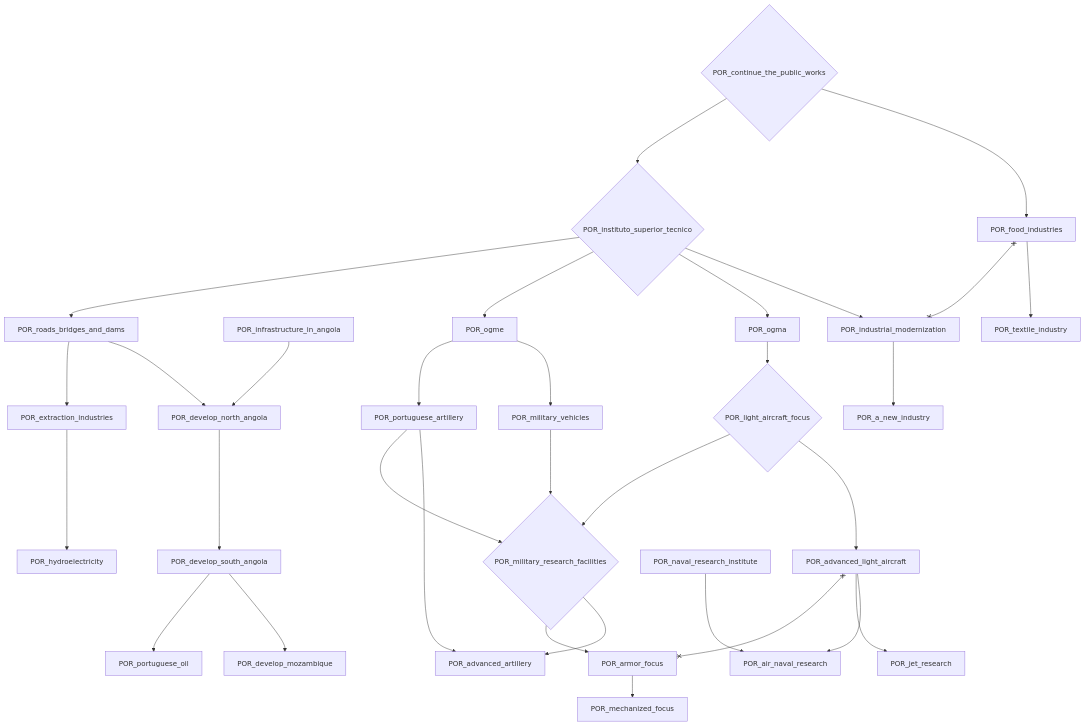
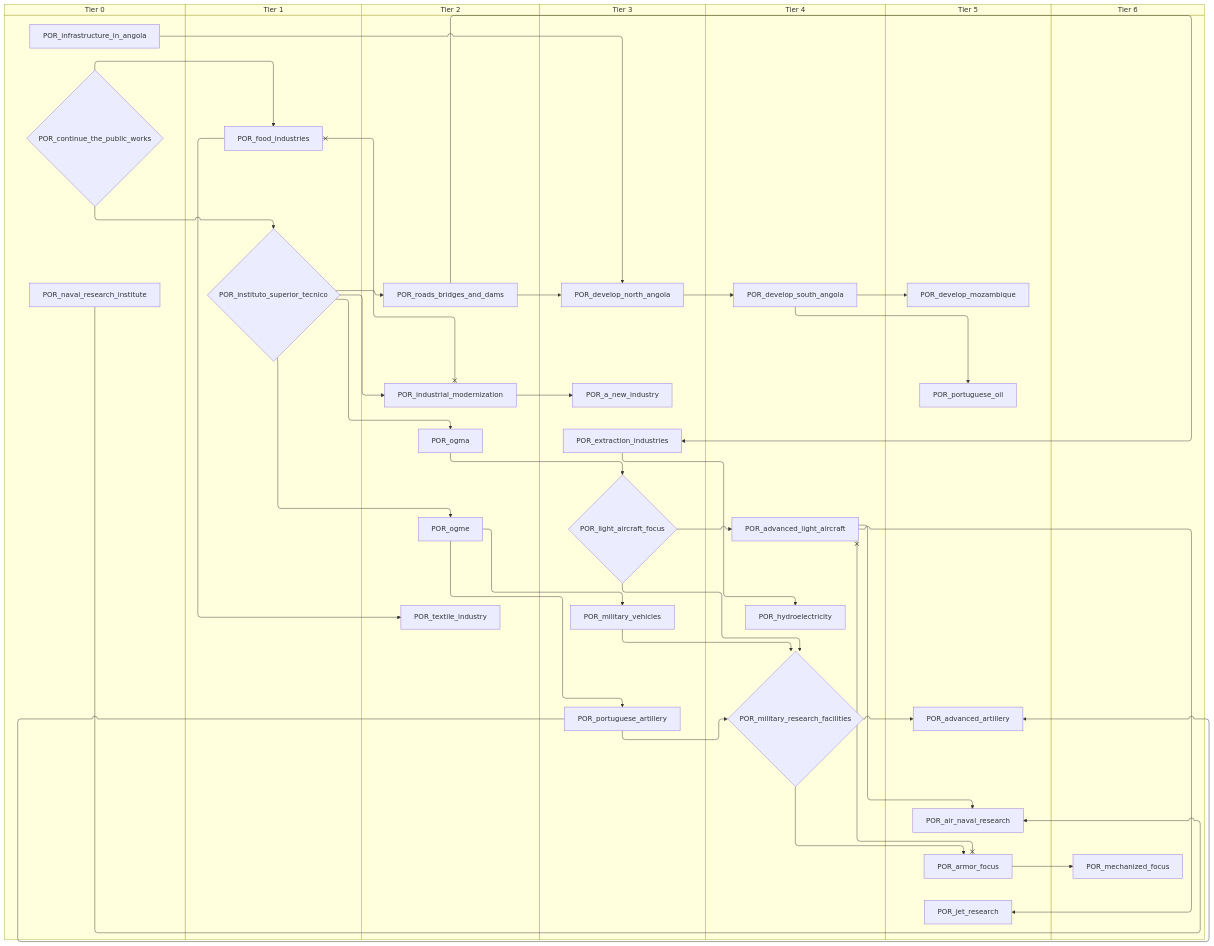
The third of 6 diagrams in docs/gdd/National Focuses/portugal.md (evgeny-sobol/hoi4-sandbox-mode), drawn with Mermaid before and after one commit. The commit also changed other lines of this file and 80 other files, not shown here.

First line of the commit message:
Add swimlane mode to focus graph exporter

````diff
--- a/docs/gdd/National Focuses/portugal.md
+++ b/docs/gdd/National Focuses/portugal.md
@@ -65,61 +87,75 @@
 ```mermaid
-flowchart TD
-    n25["POR_a_new_industry"]
-    n26["POR_advanced_artillery"]
-    n27["POR_advanced_light_aircraft"]
-    n28["POR_air_naval_research"]
-    n29["POR_armor_focus"]
-    n30{"POR_continue_the_public_works"}
-    n13["POR_develop_mozambique"]
-    n14["POR_develop_north_angola"]
-    n15["POR_develop_south_angola"]
-    n31["POR_extraction_industries"]
-    n32["POR_food_industries"]
-    n33["POR_hydroelectricity"]
-    n34["POR_industrial_modernization"]
-    n17["POR_infrastructure_in_angola"]
-    n35{"POR_instituto_superior_tecnico"}
-    n36["POR_jet_research"]
-    n37{"POR_light_aircraft_focus"}
-    n38["POR_mechanized_focus"]
-    n39{"POR_military_research_facilities"}
-    n40["POR_military_vehicles"]
-    n41["POR_naval_research_institute"]
-    n42["POR_ogma"]
-    n43["POR_ogme"]
-    n44["POR_portuguese_artillery"]
-    n21["POR_portuguese_oil"]
-    n24["POR_roads_bridges_and_dams"]
-    n45["POR_textile_industry"]
-    n34 --> n25
-    n44 --> n26
-    n39 --> n26
-    n37 --> n27
-    n41 --> n28
-    n27 --> n28
-    n39 --> n29
-    n15 --> n13
-    n17 --> n14
-    n24 --> n14
-    n14 --> n15
-    n24 --> n31
-    n30 --> n32
-    n31 --> n33
-    n35 --> n34
+swimlane-beta TD
+    subgraph tier_0["Tier 0"]
+        n25{"POR_continue_the_public_works"}
+        n15["POR_infrastructure_in_angola"]
+        n26["POR_naval_research_institute"]
+    end
+    subgraph tier_1["Tier 1"]
+        n27["POR_food_industries"]
+        n28{"POR_instituto_superior_tecnico"}
+    end
+    subgraph tier_2["Tier 2"]
+        n29["POR_industrial_modernization"]
+        n30["POR_ogma"]
+        n31["POR_ogme"]
+        n12["POR_roads_bridges_and_dams"]
+        n32["POR_textile_industry"]
+    end
+    subgraph tier_3["Tier 3"]
+        n33["POR_a_new_industry"]
+        n18["POR_develop_north_angola"]
+        n34["POR_extraction_industries"]
+        n35{"POR_light_aircraft_focus"}
+        n36["POR_military_vehicles"]
+        n37["POR_portuguese_artillery"]
+    end
+    subgraph tier_4["Tier 4"]
+        n38["POR_advanced_light_aircraft"]
+        n22["POR_develop_south_angola"]
+        n39["POR_hydroelectricity"]
+        n40{"POR_military_research_facilities"}
+    end
+    subgraph tier_5["Tier 5"]
+        n41["POR_advanced_artillery"]
+        n42["POR_air_naval_research"]
+        n43["POR_armor_focus"]
+        n23["POR_develop_mozambique"]
+        n44["POR_jet_research"]
+        n24["POR_portuguese_oil"]
+    end
+    subgraph tier_6["Tier 6"]
+        n45["POR_mechanized_focus"]
+    end
+    n29 --> n33
+    n37 --> n41
+    n40 --> n41
+    n35 --> n38
+    n26 --> n42
+    n38 --> n42
+    n40 --> n43
+    n22 --> n23
+    n15 --> n18
+    n12 --> n18
+    n18 --> n22
+    n12 --> n34
+    n25 --> n27
+    n34 --> n39
+    n28 --> n29
+    n25 --> n28
+    n38 --> n44
     n30 --> n35
-    n27 --> n36
-    n42 --> n37
-    n29 --> n38
-    n40 --> n39
-    n44 --> n39
-    n37 --> n39
-    n43 --> n40
-    n35 --> n42
-    n35 --> n43
-    n43 --> n44
-    n15 --> n21
-    n35 --> n24
-    n32 --> n45
+    n43 --> n45
+    n36 --> n40
+    n37 --> n40
+    n35 --> n40
+    n31 --> n36
+    n28 --> n30
+    n28 --> n31
+    n31 --> n37
+    n22 --> n24
+    n28 --> n12
+    n27 --> n32
+    n38 x--x n43
     n27 x--x n29
-    n32 x--x n34
 ```
````
